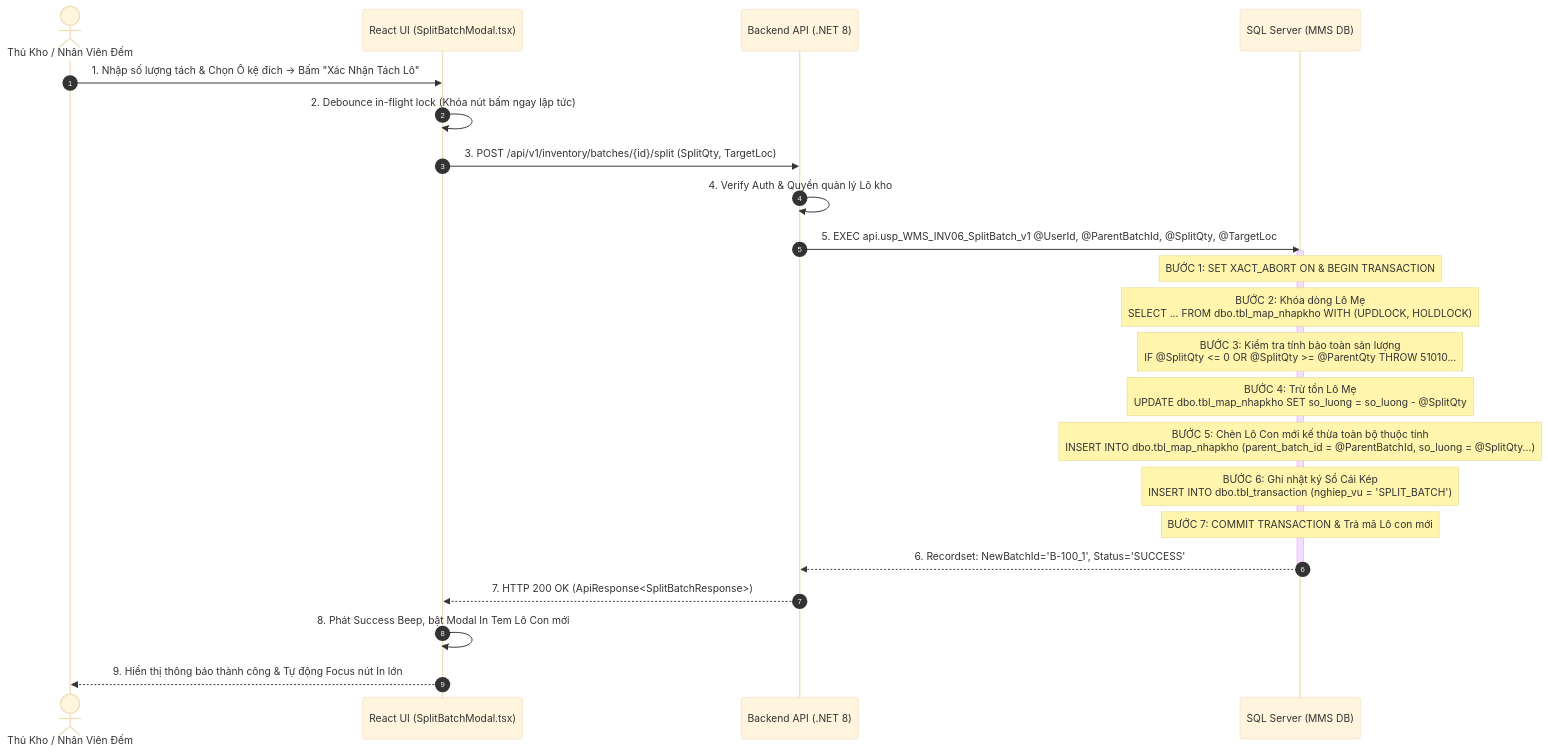
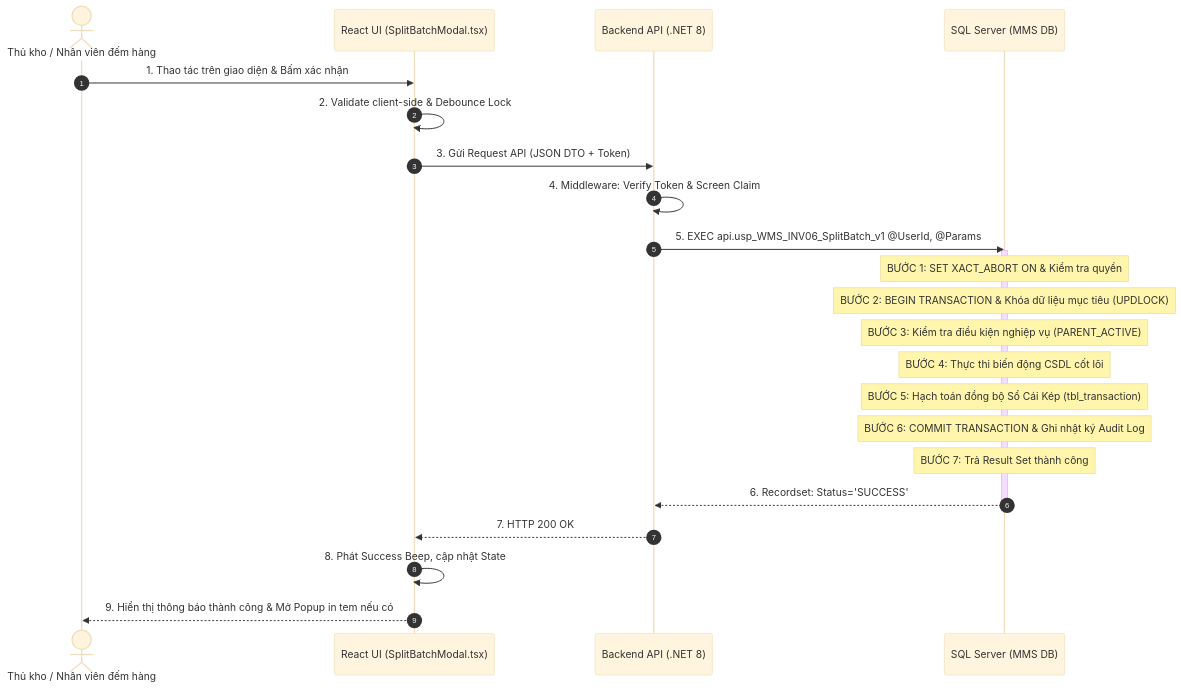
The first of 2 diagrams in docs/03-use-cases/UC-18_INV-06.md (Sohoa-KNSG/mms), drawn with Mermaid (base theme) before and after one commit. The commit also changed other lines of this file and 44 other files, not shown here.

````diff
--- a/docs/03-use-cases/UC-18_INV-06.md
+++ b/docs/03-use-cases/UC-18_INV-06.md
@@ -133,30 +162,30 @@
 ```mermaid
 sequenceDiagram
     autonumber
-    actor User as Thủ Kho / Nhân Viên Đếm
+    actor User as Thủ kho / Nhân viên đếm hàng
     participant UI as React UI (SplitBatchModal.tsx)
     participant API as Backend API (.NET 8)
     participant DB as SQL Server (MMS DB)
 
-    User->>UI: 1. Nhập số lượng tách & Chọn Ô kệ đích -> Bấm "Xác Nhận Tách Lô"
-    UI->>UI: 2. Debounce in-flight lock (Khóa nút bấm ngay lập tức)
-    UI->>API: 3. POST /api/v1/inventory/batches/{id}/split (SplitQty, TargetLoc)
+    User->>UI: 1. Thao tác trên giao diện & Bấm xác nhận
+    UI->>UI: 2. Validate client-side & Debounce Lock
+    UI->>API: 3. Gửi Request API (JSON DTO + Token)
     
-    API->>API: 4. Verify Auth & Quyền quản lý Lô kho
-    API->>DB: 5. EXEC api.usp_WMS_INV06_SplitBatch_v1 @UserId, @ParentBatchId, @SplitQty, @TargetLoc
+    API->>API: 4. Middleware: Verify Token & Screen Claim
+    API->>DB: 5. EXEC api.usp_WMS_INV06_SplitBatch_v1 @UserId, @Params
     
     activate DB
-    Note over DB: BƯỚC 1: SET XACT_ABORT ON & BEGIN TRANSACTION
-    Note over DB: BƯỚC 2: Khóa dòng Lô Mẹ<br/>SELECT ... FROM dbo.tbl_map_nhapkho WITH (UPDLOCK, HOLDLOCK)
-    Note over DB: BƯỚC 3: Kiểm tra tính bảo toàn sản lượng<br/>IF @SplitQty <= 0 OR @SplitQty >= @ParentQty THROW 51010...
-    Note over DB: BƯỚC 4: Trừ tồn Lô Mẹ<br/>UPDATE dbo.tbl_map_nhapkho SET so_luong = so_luong - @SplitQty
-    Note over DB: BƯỚC 5: Chèn Lô Con mới kế thừa toàn bộ thuộc tính<br/>INSERT INTO dbo.tbl_map_nhapkho (parent_batch_id = @ParentBatchId, so_luong = @SplitQty...)
-    Note over DB: BƯỚC 6: Ghi nhật ký Sổ Cái Kép<br/>INSERT INTO dbo.tbl_transaction (nghiep_vu = 'SPLIT_BATCH')
-    Note over DB: BƯỚC 7: COMMIT TRANSACTION & Trả mã Lô con mới
-    DB-->>API: 6. Recordset: NewBatchId='B-100_1', Status='SUCCESS'
+    Note over DB: BƯỚC 1: SET XACT_ABORT ON & Kiểm tra quyền
+    Note over DB: BƯỚC 2: BEGIN TRANSACTION & Khóa dữ liệu mục tiêu (UPDLOCK)
+    Note over DB: BƯỚC 3: Kiểm tra điều kiện nghiệp vụ (PARENT_ACTIVE)
+    Note over DB: BƯỚC 4: Thực thi biến động CSDL cốt lõi
+    Note over DB: BƯỚC 5: Hạch toán đồng bộ Sổ Cái Kép (tbl_transaction)
+    Note over DB: BƯỚC 6: COMMIT TRANSACTION & Ghi nhật ký Audit Log
+    Note over DB: BƯỚC 7: Trả Result Set thành công
+    DB-->>API: 6. Recordset: Status='SUCCESS'
     deactivate DB
 
-    API-->>UI: 7. HTTP 200 OK (ApiResponse<SplitBatchResponse>)
-    UI->>UI: 8. Phát Success Beep, bật Modal In Tem Lô Con mới
-    UI-->>User: 9. Hiển thị thông báo thành công & Tự động Focus nút In lớn
+    API-->>UI: 7. HTTP 200 OK
+    UI->>UI: 8. Phát Success Beep, cập nhật State
+    UI-->>User: 9. Hiển thị thông báo thành công & Mở Popup in tem nếu có
 ```
````
